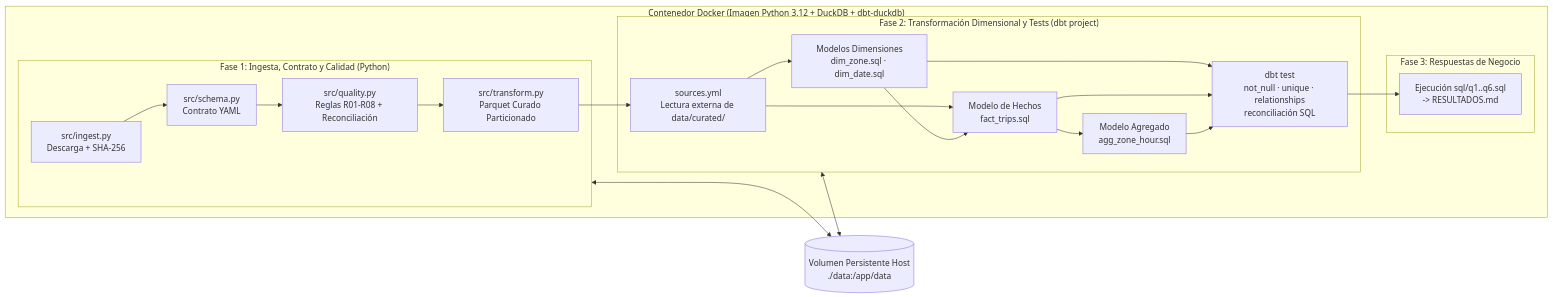
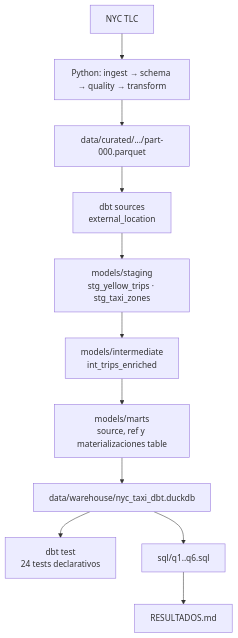
Before and after one commit to victormanuellibran/examen_Taxis: the second of 2 diagrams in docs/ARQUITECTURA.md, drawn with Mermaid. The commit also changed other lines of this file and 2 other files, not shown here.

Commit message:
docs: document integrated dbt architecture

````diff
--- a/docs/ARQUITECTURA.md
+++ b/docs/ARQUITECTURA.md
@@ -84,38 +48,13 @@
 ```mermaid
-flowchart LR
-    subgraph DOCKER["Contenedor Docker (Imagen Python 3.12 + DuckDB + dbt-duckdb)"]
-        subgraph FASE_PY["Fase 1: Ingesta, Contrato y Calidad (Python)"]
-            ING2["src/ingest.py\nDescarga + SHA-256"]
-            SCH2["src/schema.py\nContrato YAML"]
-            QUA2["src/quality.py\nReglas R01-R08 + Reconciliación"]
-            TRN2["src/transform.py\nParquet Curado Particionado"]
-        end
-
-        subgraph FASE_DBT["Fase 2: Transformación Dimensional y Tests (dbt project)"]
-            SRC_YML["sources.yml\nLectura externa de data/curated/"]
-            DBT_DIM["Modelos Dimensiones\ndim_zone.sql · dim_date.sql"]
-            DBT_FACT["Modelo de Hechos\nfact_trips.sql"]
-            DBT_AGG["Modelo Agregado\nagg_zone_hour.sql"]
-            DBT_TEST["dbt test\nnot_null · unique · relationships\nreconciliación SQL"]
-        end
-
-        subgraph FASE_REP["Fase 3: Respuestas de Negocio"]
-            QSQL["Ejecución sql/q1..q6.sql\n-> RESULTADOS.md"]
-        end
-    end
-
-    VOL[("Volumen Persistente Host\n./data:/app/data")]
-
-    ING2 --> SCH2 --> QUA2 --> TRN2
-    TRN2 --> SRC_YML
-    SRC_YML --> DBT_DIM
-    SRC_YML --> DBT_FACT
-    DBT_DIM --> DBT_FACT
-    DBT_FACT --> DBT_AGG
-    DBT_DIM --> DBT_TEST
-    DBT_FACT --> DBT_TEST
-    DBT_AGG --> DBT_TEST
-    DBT_TEST --> QSQL
-    FASE_PY <--> VOL
-    FASE_DBT <--> VOL
+flowchart TD
+    TLC["NYC TLC"] --> PY["Python: ingest → schema → quality → transform"]
+    PY --> CUR["data/curated/.../part-000.parquet"]
+    CUR --> SRC["dbt sources\nexternal_location"]
+    SRC --> STG["models/staging\nstg_yellow_trips · stg_taxi_zones"]
+    STG --> INT["models/intermediate\nint_trips_enriched"]
+    INT --> MART["models/marts\nsource, ref y materializaciones table"]
+    MART --> DBTWH["data/warehouse/nyc_taxi_dbt.duckdb"]
+    DBTWH --> TEST["dbt test\n24 tests declarativos"]
+    DBTWH --> SQL["sql/q1..q6.sql"]
+    SQL --> RES["RESULTADOS.md"]
 ```
````
